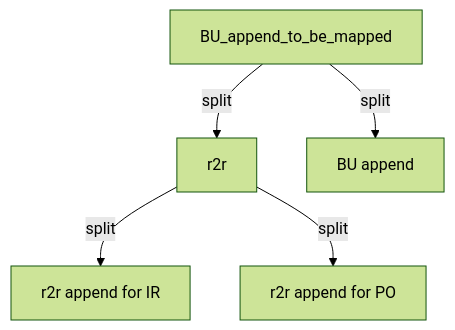
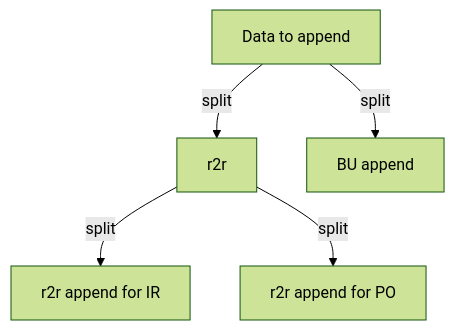
The diagram in dbs/database.eamena/data/README.md (eamena-project/eamena-arches-dev), drawn with Mermaid (forest theme) before and after one commit.

````diff
--- a/dbs/database.eamena/data/README.md
+++ b/dbs/database.eamena/data/README.md
@@ -12,13 +12,13 @@
 ```mermaid
 flowchart
-  id3[BU_append_to_be_mapped] -- split --> id6[r2r];
+  id3[Data to append] -- split --> id6[r2r];
   id6 -- split --> id4[r2r append for IR];
   id6 -- split --> id5[r2r append for PO];
   id3 -- split --> id7[BU append];
   
   click id3 "https://github.com/eamena-project/eamena-arches-dev/blob/main/dbs/database.eamena/data/bulk_data/append/bu_append_to_be_mapped.csv" _blank
   click id5 "https://github.com/eamena-project/eamena-arches-dev/blob/main/dbs/database.eamena/data/business_data_relations/res2res_hp_po.relations" _blank
   click id4 "https://github.com/eamena-project/eamena-arches-dev/blob/main/dbs/database.eamena/data/business_data_relations/res2res_hp_ir.relations" _blank
   click id7 "https://github.com/eamena-project/eamena-arches-dev/blob/main/dbs/database.eamena/data/bulk_data/append/Fazzan_bu_append.csv" _blank
 
 ```
````
